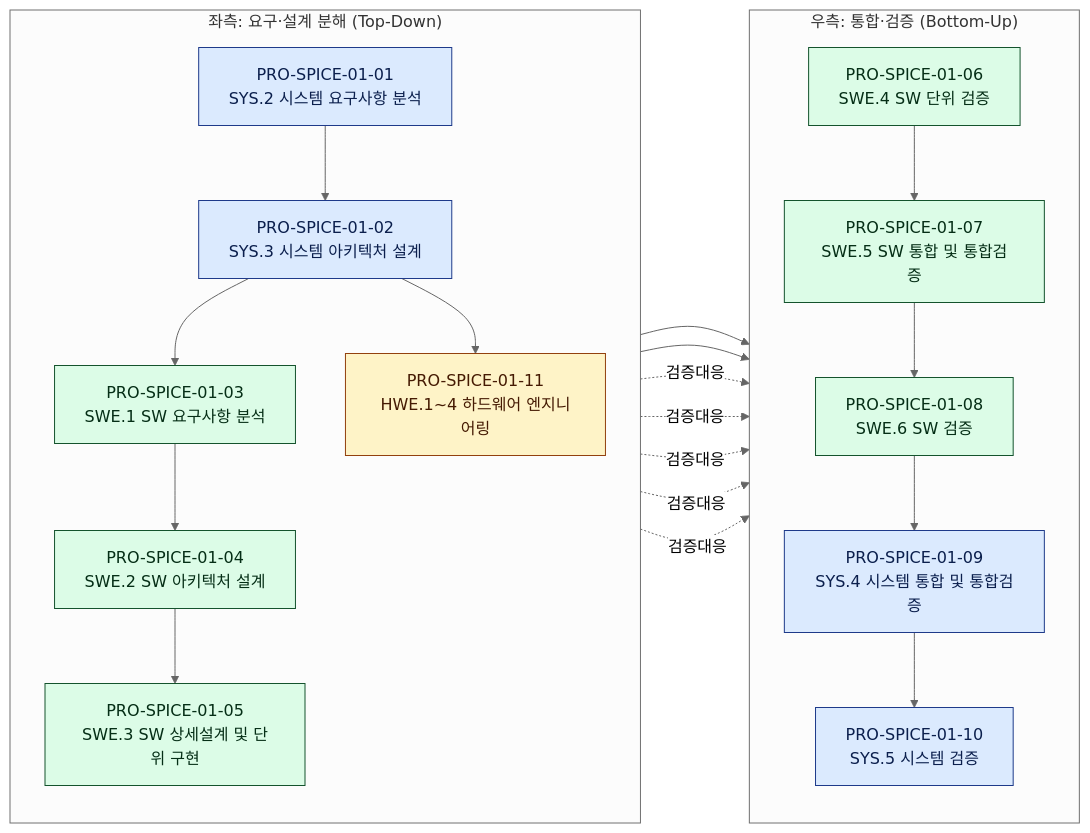
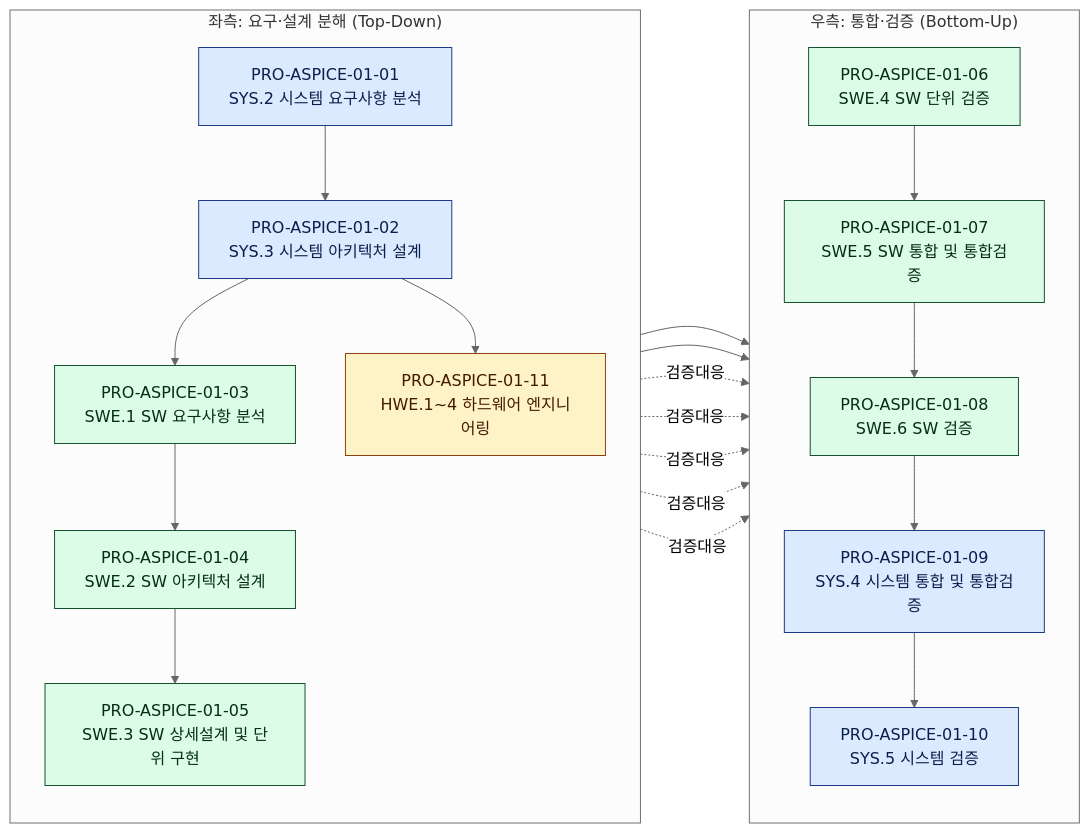
Before and after one commit to Processware-AI/processware: the first of 4 diagrams in vault/90_MAT_통합매핑/MAT-010_프로세스_플로우맵.md, drawn with Mermaid (neutral theme). The commit also changed other lines of this file and 124 other files, not shown here.

First line of the commit message:
fix(scope): SPICE → ASPICE 영역코드 전수 교체

````diff
--- a/vault/90_MAT_통합매핑/MAT-010_프로세스_플로우맵.md
+++ b/vault/90_MAT_통합매핑/MAT-010_프로세스_플로우맵.md
@@ -33,52 +33,52 @@
 ```mermaid
 flowchart LR
   subgraph LEFT["좌측: 요구·설계 분해 (Top-Down)"]
     direction TB
-    P01["PRO-SPICE-01-01<br/>SYS.2 시스템 요구사항 분석"]
-    P02["PRO-SPICE-01-02<br/>SYS.3 시스템 아키텍처 설계"]
-    P03["PRO-SPICE-01-03<br/>SWE.1 SW 요구사항 분석"]
-    P04["PRO-SPICE-01-04<br/>SWE.2 SW 아키텍처 설계"]
-    P05["PRO-SPICE-01-05<br/>SWE.3 SW 상세설계 및 단위 구현"]
-    P11["PRO-SPICE-01-11<br/>HWE.1~4 하드웨어 엔지니어링"]
+    P01["PRO-ASPICE-01-01<br/>SYS.2 시스템 요구사항 분석"]
+    P02["PRO-ASPICE-01-02<br/>SYS.3 시스템 아키텍처 설계"]
+    P03["PRO-ASPICE-01-03<br/>SWE.1 SW 요구사항 분석"]
+    P04["PRO-ASPICE-01-04<br/>SWE.2 SW 아키텍처 설계"]
+    P05["PRO-ASPICE-01-05<br/>SWE.3 SW 상세설계 및 단위 구현"]
+    P11["PRO-ASPICE-01-11<br/>HWE.1~4 하드웨어 엔지니어링"]
   end
 
   subgraph RIGHT["우측: 통합·검증 (Bottom-Up)"]
     direction TB
-    P06["PRO-SPICE-01-06<br/>SWE.4 SW 단위 검증"]
-    P07["PRO-SPICE-01-07<br/>SWE.5 SW 통합 및 통합검증"]
-    P08["PRO-SPICE-01-08<br/>SWE.6 SW 검증"]
-    P09["PRO-SPICE-01-09<br/>SYS.4 시스템 통합 및 통합검증"]
-    P10["PRO-SPICE-01-10<br/>SYS.5 시스템 검증"]
+    P06["PRO-ASPICE-01-06<br/>SWE.4 SW 단위 검증"]
+    P07["PRO-ASPICE-01-07<br/>SWE.5 SW 통합 및 통합검증"]
+    P08["PRO-ASPICE-01-08<br/>SWE.6 SW 검증"]
+    P09["PRO-ASPICE-01-09<br/>SYS.4 시스템 통합 및 통합검증"]
+    P10["PRO-ASPICE-01-10<br/>SYS.5 시스템 검증"]
   end
 
   %% 좌측 분해 흐름 (follows/precedes)
   P01 --> P02
   P02 --> P03
   P02 --> P11
   P03 --> P04
   P04 --> P05
 
   %% 좌→우 전이 (구현 → 검증)
   P05 --> P06
   P06 --> P07
   P07 --> P08
 
   %% 우측 통합 흐름
   P08 --> P09
   P11 --> P09
   P09 --> P10
 
   %% V-모델 좌·우 트레이서빌리티 (점선)
   P03 -.검증대응.-> P08
   P02 -.검증대응.-> P09
   P01 -.검증대응.-> P10
   P04 -.검증대응.-> P07
   P05 -.검증대응.-> P06
 
   classDef sys fill:#dbeafe,stroke:#1e3a8a,color:#0b1f4d
   classDef swe fill:#dcfce7,stroke:#14532d,color:#052e16
   classDef hwe fill:#fef3c7,stroke:#92400e,color:#451a03
   class P01,P02,P09,P10 sys
   class P03,P04,P05,P06,P07,P08 swe
   class P11 hwe
 ```
````
